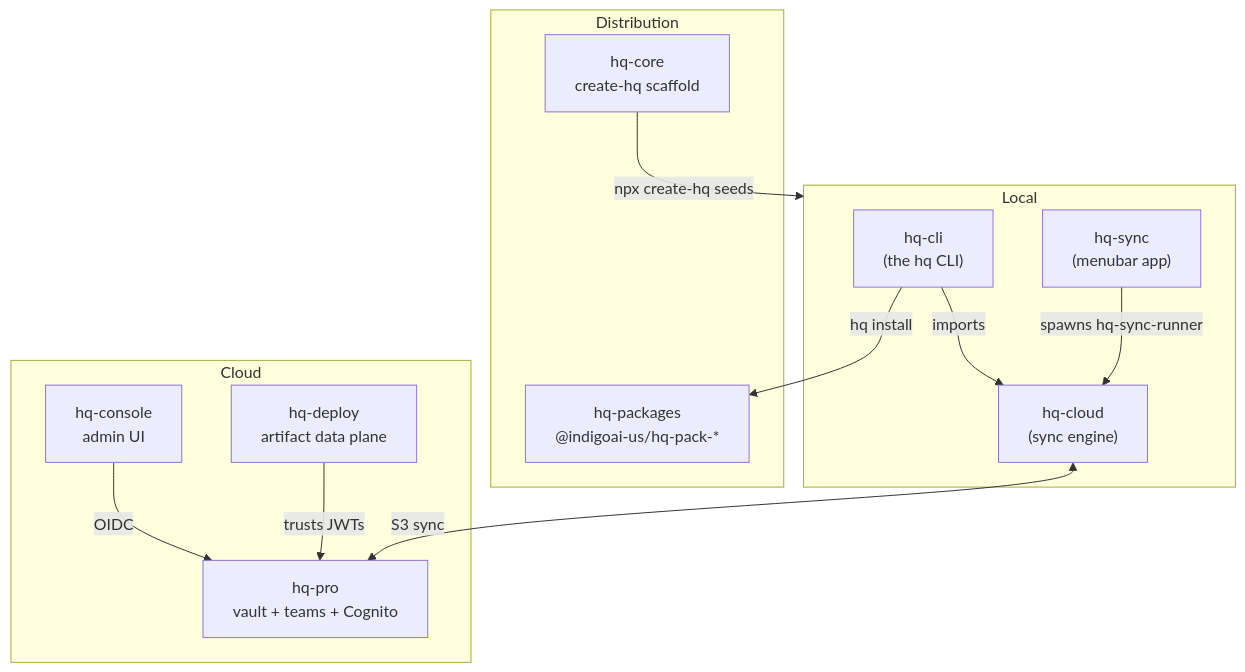
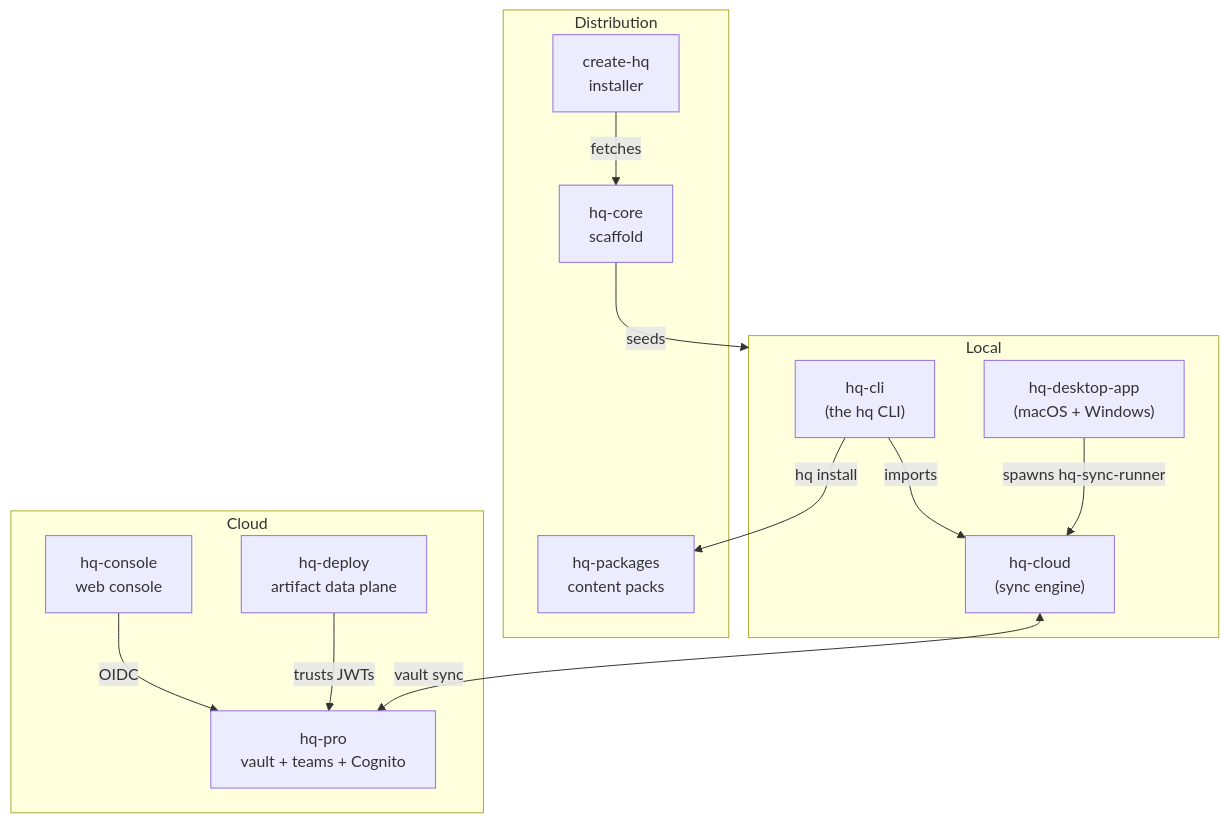
The diagram in src/content/docs/hq/architecture/2-ecosystem.mdx (indigoai-us/indigo-docs), drawn with Mermaid before and after one commit. The commit also changed other lines of this file and 92 other files, not shown here.

````diff
--- a/src/content/docs/hq/architecture/2-ecosystem.mdx
+++ b/src/content/docs/hq/architecture/2-ecosystem.mdx
@@ -25,24 +26,26 @@
 ```mermaid
 graph TD
     subgraph distribution["Distribution"]
-        core["hq-core<br/>create-hq scaffold"]
-        packs["hq-packages<br/>@indigoai-us/hq-pack-*"]
+        installer["create-hq<br/>installer"]
+        core["hq-core<br/>scaffold"]
+        packs["hq-packages<br/>content packs"]
+        installer -->|fetches| core
     end
     subgraph local["Local"]
         cli["hq-cli<br/>(the hq CLI)"]
         cloud["hq-cloud<br/>(sync engine)"]
-        sync["hq-sync<br/>(menubar app)"]
+        desktop["hq-desktop-app<br/>(macOS + Windows)"]
         cli -->|imports| cloud
-        sync -->|spawns hq-sync-runner| cloud
+        desktop -->|spawns hq-sync-runner| cloud
     end
     subgraph cloudplane["Cloud"]
         pro["hq-pro<br/>vault + teams + Cognito"]
-        console["hq-console<br/>admin UI"]
+        console["hq-console<br/>web console"]
         deploy["hq-deploy<br/>artifact data plane"]
         console -->|OIDC| pro
         deploy -->|trusts JWTs| pro
     end
-    core -->|npx create-hq seeds| local
+    core -->|seeds| local
     cli -->|hq install| packs
-    cloud <-->|S3 sync| pro
+    cloud <-->|vault sync| pro
 ```
````
